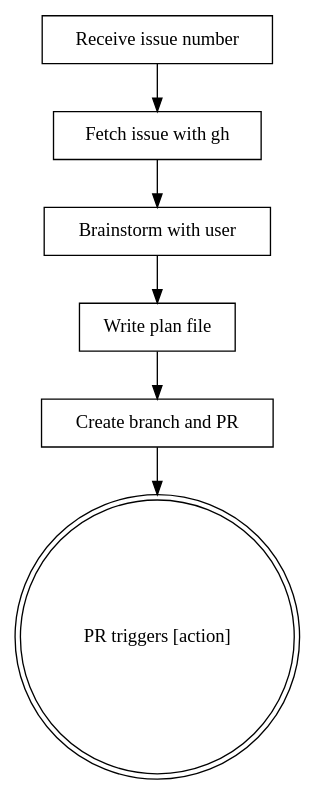
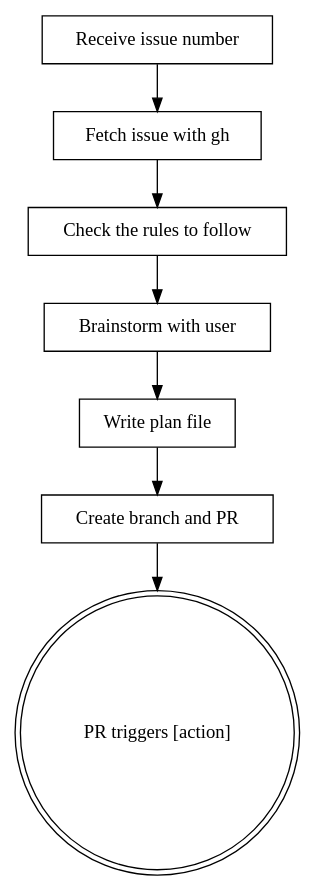
The diagram in .claude/skills/issue-to-pr.md (CodingThrust/problem-reductions), drawn with Graphviz before and after one commit. The commit also changed other lines of this file and 35 other files, not shown here.

````diff
--- a/.claude/skills/issue-to-pr.md
+++ b/.claude/skills/issue-to-pr.md
@@ -18,16 +18,18 @@
 ```dot
 digraph issue_to_pr {
     "Receive issue number" [shape=box];
     "Fetch issue with gh" [shape=box];
+    "Check the rules to follow" [shape=box];
     "Brainstorm with user" [shape=box];
     "Write plan file" [shape=box];
     "Create branch and PR" [shape=box];
     "PR triggers [action]" [shape=doublecircle];
 
     "Receive issue number" -> "Fetch issue with gh";
-    "Fetch issue with gh" -> "Brainstorm with user";
+    "Fetch issue with gh" -> "Check the rules to follow";
+    "Check the rules to follow" -> "Brainstorm with user";
     "Brainstorm with user" -> "Write plan file";
     "Write plan file" -> "Create branch and PR";
     "Create branch and PR" -> "PR triggers [action]";
 }
 ```
````
